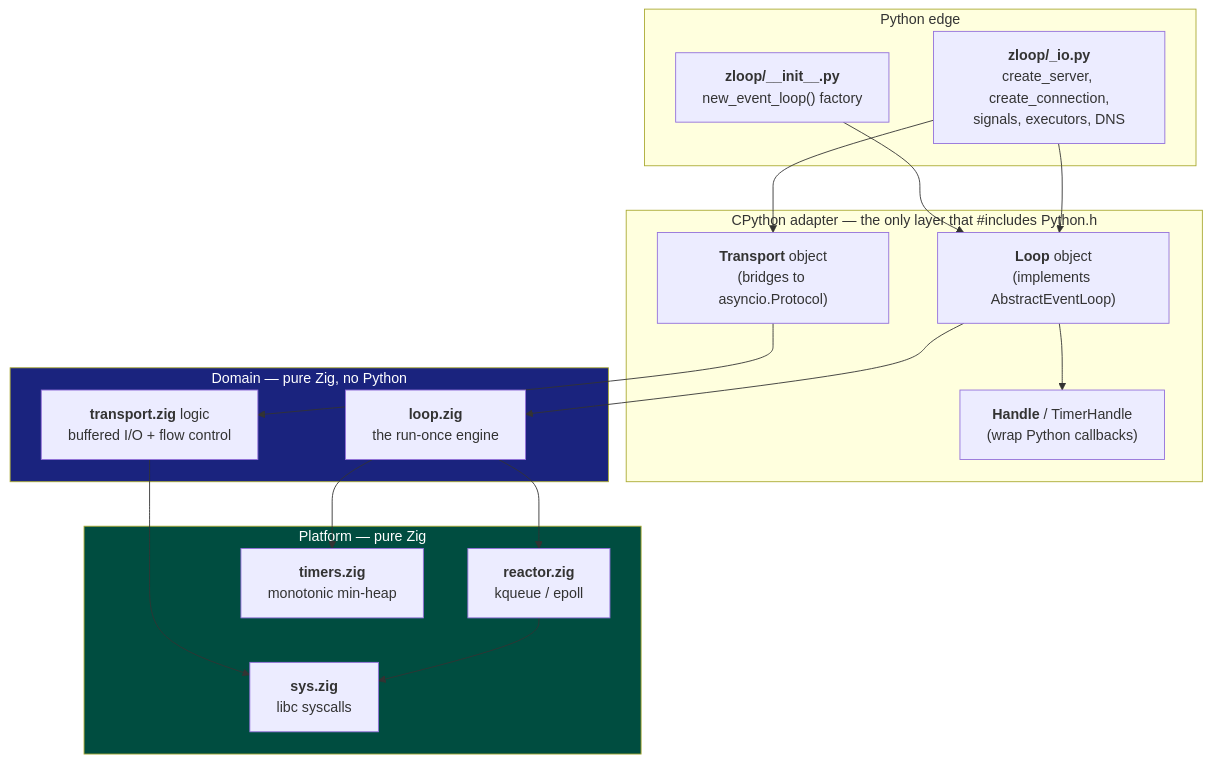
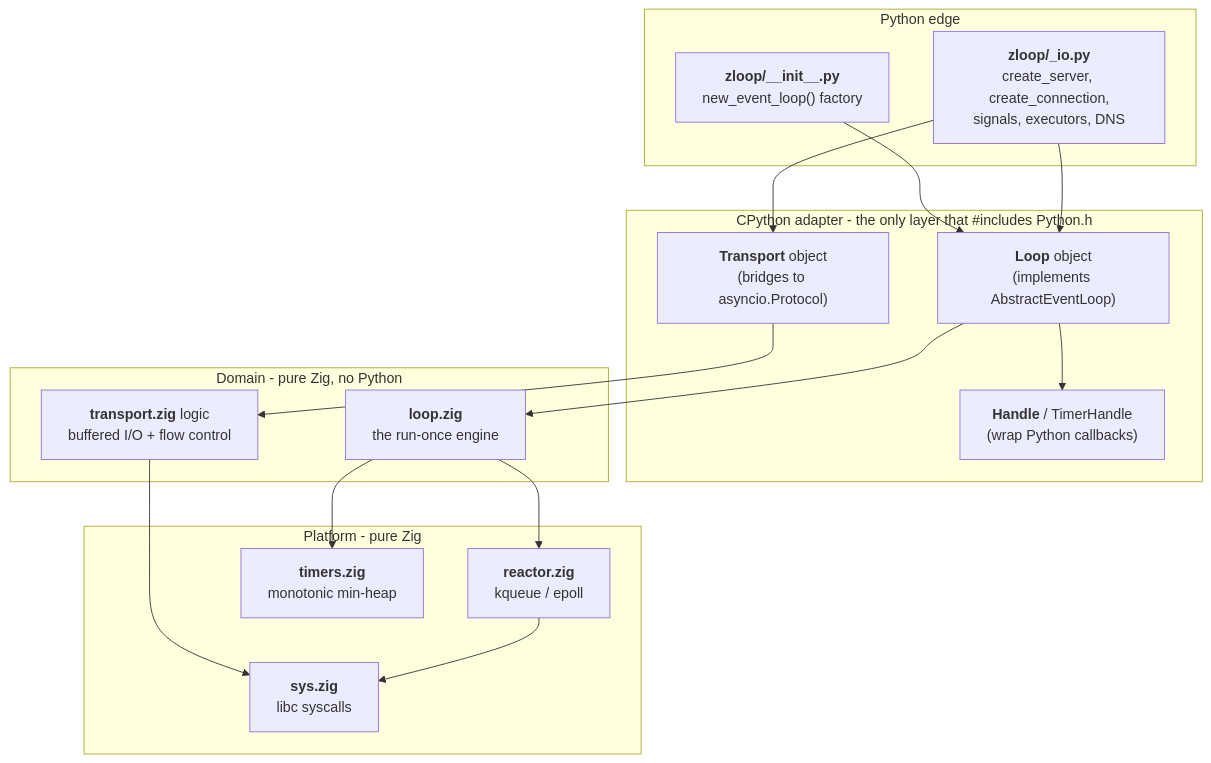
The diagram in docs/architecture/overview.md (Kludex/zloop), drawn with Mermaid before and after one commit. The commit also changed other lines of this file and 15 other files, not shown here.

First line of the commit message:
Docs: fix mermaid rendering, drop hardcoded fills, em-dashes, update perf

````diff
--- a/docs/architecture/overview.md
+++ b/docs/architecture/overview.md
@@ -35,35 +35,33 @@
 ```mermaid
 graph TD
     subgraph edge["Python edge"]
         A["<b>zloop/__init__.py</b><br/>new_event_loop() factory"]
         B["<b>zloop/_io.py</b><br/>create_server, create_connection,<br/>signals, executors, DNS"]
     end
-    subgraph adapter["CPython adapter — the only layer that #includes Python.h"]
+    subgraph adapter["CPython adapter - the only layer that #includes Python.h"]
         C["<b>Loop</b> object<br/>(implements AbstractEventLoop)"]
         D["<b>Transport</b> object<br/>(bridges to asyncio.Protocol)"]
         E["<b>Handle</b> / TimerHandle<br/>(wrap Python callbacks)"]
     end
-    subgraph domain["Domain — pure Zig, no Python"]
+    subgraph domain["Domain - pure Zig, no Python"]
         F["<b>loop.zig</b><br/>the run-once engine"]
         G["<b>transport.zig</b> logic<br/>buffered I/O + flow control"]
     end
-    subgraph platform["Platform — pure Zig"]
+    subgraph platform["Platform - pure Zig"]
         H["<b>reactor.zig</b><br/>kqueue / epoll"]
         I["<b>timers.zig</b><br/>monotonic min-heap"]
         J["<b>sys.zig</b><br/>libc syscalls"]
     end
 
     A --> C
     B --> C
     B --> D
     C --> E
     C --> F
     D --> G
     F --> H
     F --> I
     G --> J
     H --> J
 
-    style domain fill:#1a237e,color:#fff
-    style platform fill:#004d40,color:#fff
 ```
````
